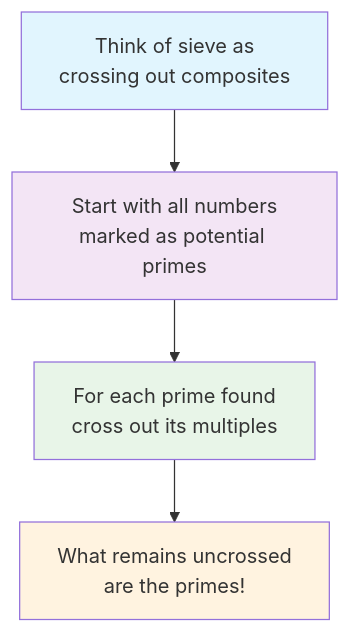
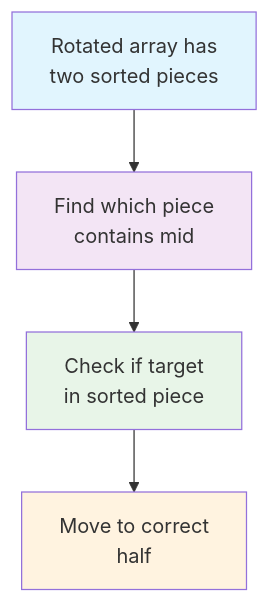
Before and after one commit to LuckyLongre123/README_RUNNER: diagram 13 of 13 in README.md, drawn with Mermaid. The commit also changed other lines of this file, not shown here.

````diff
--- a/README.md
+++ b/README.md
@@ -730,11 +671,11 @@
 ```mermaid
 flowchart TD
-    A[Think of sieve as<br/>crossing out composites] --> B[Start with all numbers<br/>marked as potential primes]
-    B --> C[For each prime found<br/>cross out its multiples]
-    C --> D[What remains uncrossed<br/>are the primes!]
+    A["Rotated array has<br/>two sorted pieces"] --> B["Find which piece<br/>contains mid"]
+    B --> C["Check if target<br/>in sorted piece"]
+    C --> D["Move to correct<br/>half"]
     
     style A fill:#e1f5fe
     style B fill:#f3e5f5
     style C fill:#e8f5e8
     style D fill:#fff3e0
 ```
````
